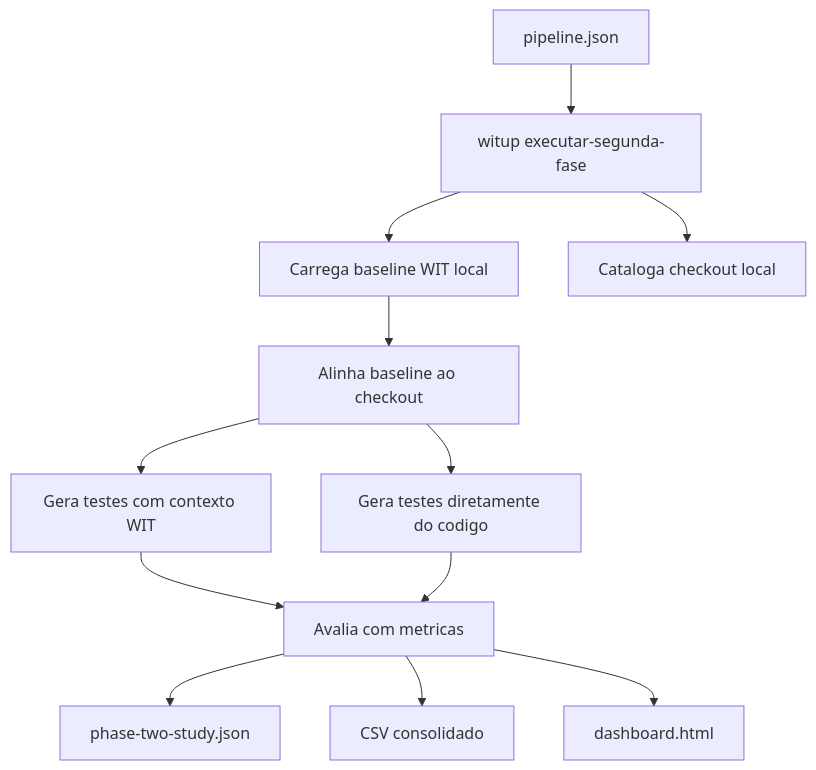
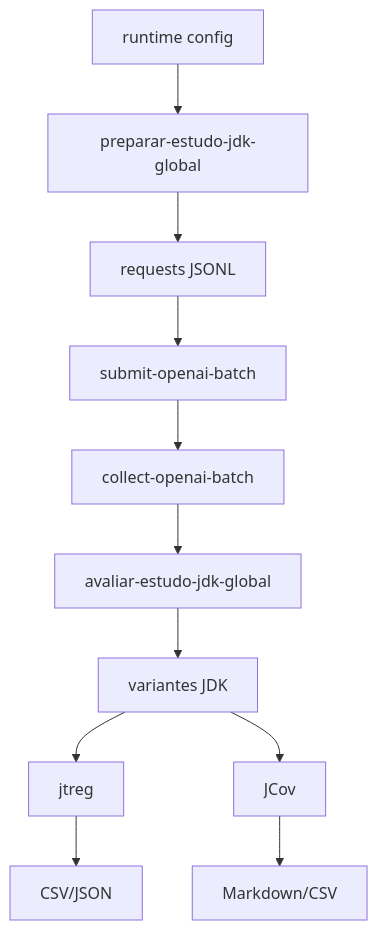
One commit to marcelomamorim/wit-llm changed the diagram in docs/overview/configuration.md. Above: the diagram before and after it, drawn with Mermaid. The commit also changed other lines of this file and 34 other files, not shown here.

````diff
--- a/docs/overview/configuration.md
+++ b/docs/overview/configuration.md
@@ -190,14 +177,13 @@
 ```mermaid
 graph TD
-    CFG["pipeline.json"] --> CLI["witup executar-segunda-fase"]
-    CLI --> WIT["Carrega baseline WIT local"]
-    CLI --> CAT["Cataloga checkout local"]
-    WIT --> ALIGN["Alinha baseline ao checkout"]
-    ALIGN --> WITCTX["Gera testes com contexto WIT"]
-    ALIGN --> DIRECT["Gera testes diretamente do codigo"]
-    WITCTX --> EVAL["Avalia com metricas"]
-    DIRECT --> EVAL
-    EVAL --> JSON["phase-two-study.json"]
-    EVAL --> CSV["CSV consolidado"]
-    EVAL --> HTML["dashboard.html"]
+    CFG["runtime config"] --> PREP["preparar-estudo-jdk-global"]
+    PREP --> REQ["requests JSONL"]
+    REQ --> SUBMIT["submit-openai-batch"]
+    SUBMIT --> COLLECT["collect-openai-batch"]
+    COLLECT --> EVAL["avaliar-estudo-jdk-global"]
+    EVAL --> VAR["variantes JDK"]
+    VAR --> JTREG["jtreg"]
+    VAR --> JCOV["JCov"]
+    JTREG --> CSV["CSV/JSON"]
+    JCOV --> MD["Markdown/CSV"]
 ```
````
